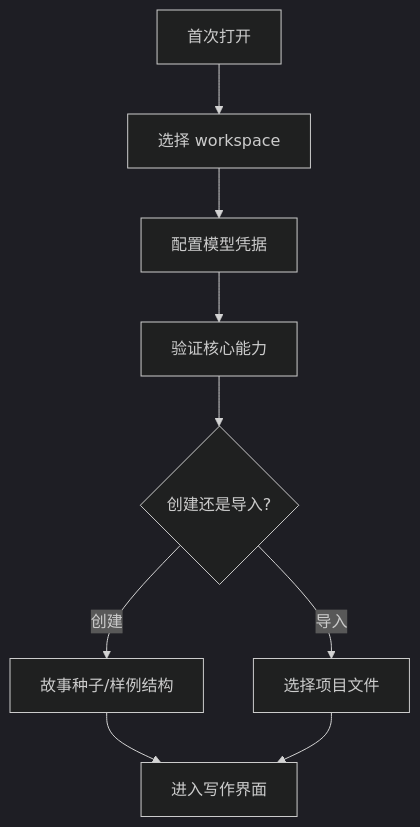
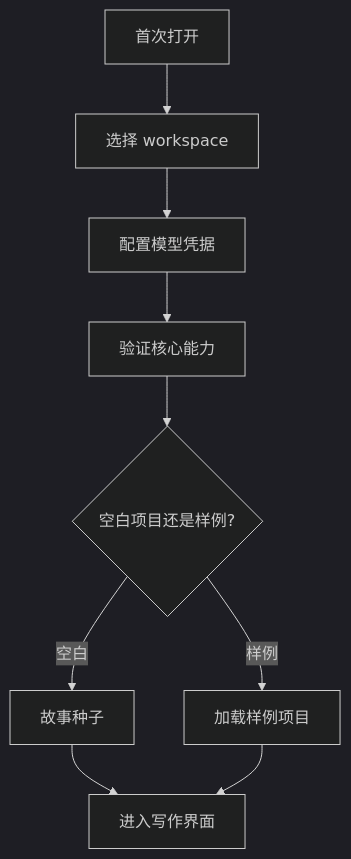
One commit to jinhuang712/open-novel changed the first of 3 diagrams in spec/S15-settings-and-onboarding.md. Above: the diagram before and after it, drawn with Mermaid (dark theme). The commit also changed other lines of this file and 38 other files, not shown here.

````diff
--- a/spec/S15-settings-and-onboarding.md
+++ b/spec/S15-settings-and-onboarding.md
@@ -7,11 +7,11 @@
 ```mermaid
 flowchart TD
   Start[首次打开] --> Workspace[选择 workspace]
   Workspace --> Credential[配置模型凭据]
   Credential --> Verify[验证核心能力]
-  Verify --> Project{创建还是导入?}
-  Project -->|创建| Seed[故事种子/样例结构]
-  Project -->|导入| Import[选择项目文件]
+  Verify --> Project{空白项目还是样例?}
+  Project -->|空白| Seed[故事种子]
+  Project -->|样例| Sample[加载样例项目]
   Seed --> Ready[进入写作界面]
-  Import --> Ready
+  Sample --> Ready
 ```
````
